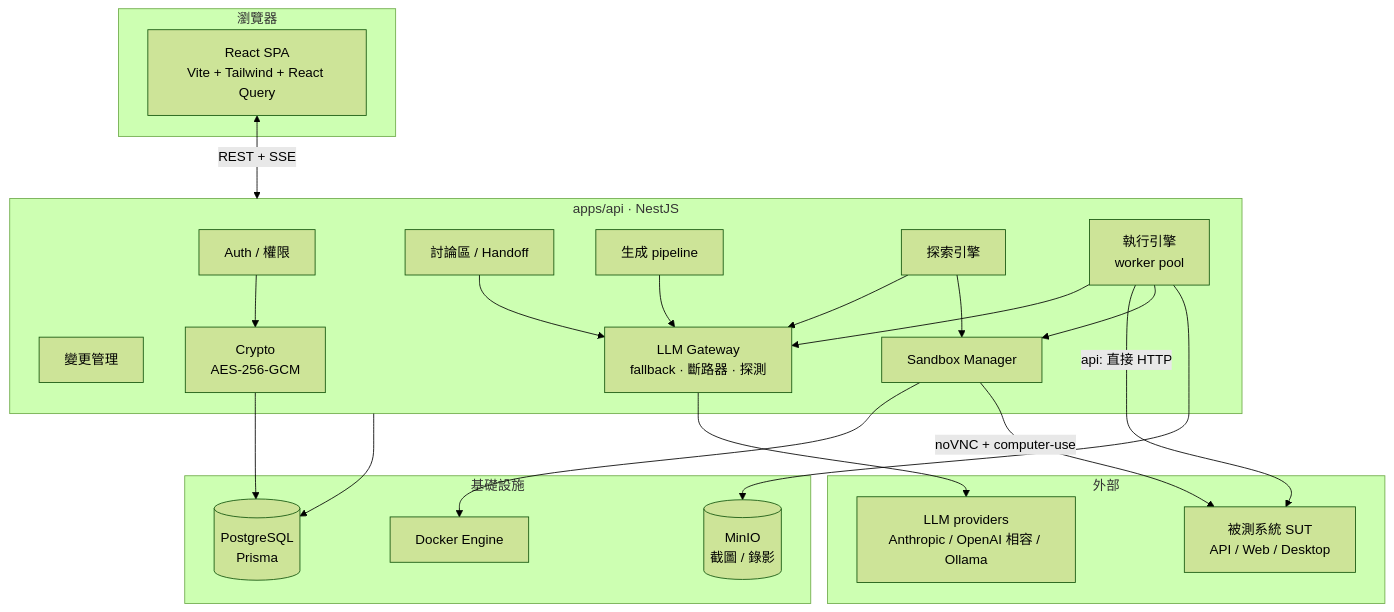
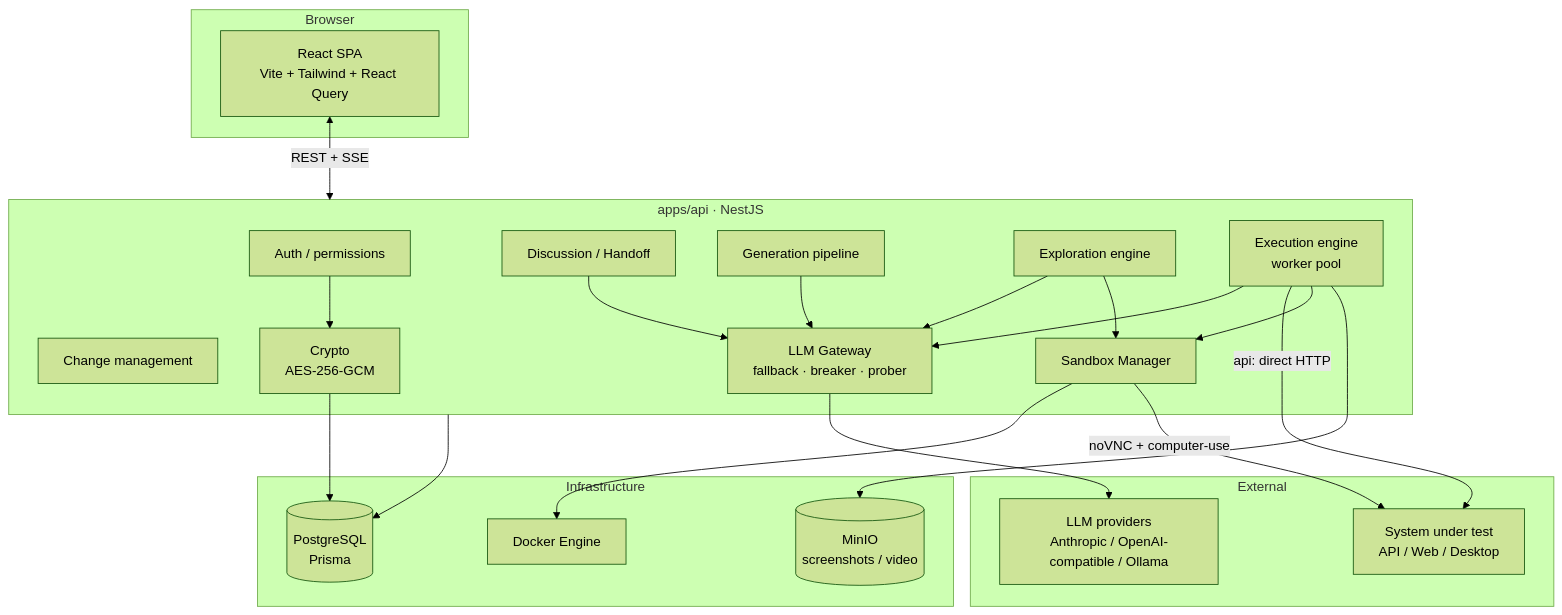
The diagram in README.md (brianshen0522/qa-harness), drawn with Mermaid (forest theme) before and after one commit. The commit also changed other lines of this file and 2 other files, not shown here.

````diff
--- a/README.md
+++ b/README.md
@@ -107,42 +107,42 @@
 ```mermaid
 flowchart TB
-  subgraph Client[瀏覽器]
+  subgraph Client[Browser]
     UI[React SPA<br/>Vite + Tailwind + React Query]
   end
 
   subgraph API[apps/api · NestJS]
-    AUTH[Auth / 權限]
-    DISC[討論區 / Handoff]
-    GEN[生成 pipeline]
-    EXP[探索引擎]
-    RUN[執行引擎<br/>worker pool]
-    CHG[變更管理]
-    GW[LLM Gateway<br/>fallback · 斷路器 · 探測]
+    AUTH[Auth / permissions]
+    DISC[Discussion / Handoff]
+    GEN[Generation pipeline]
+    EXP[Exploration engine]
+    RUN[Execution engine<br/>worker pool]
+    CHG[Change management]
+    GW[LLM Gateway<br/>fallback · breaker · prober]
     SBX[Sandbox Manager]
     CRYP[Crypto<br/>AES-256-GCM]
   end
 
-  subgraph Data[基礎設施]
+  subgraph Data[Infrastructure]
     PG[(PostgreSQL<br/>Prisma)]
-    S3[(MinIO<br/>截圖 / 錄影)]
+    S3[(MinIO<br/>screenshots / video)]
     DOCK[Docker Engine]
   end
 
-  subgraph Ext[外部]
-    LLM[LLM providers<br/>Anthropic / OpenAI 相容 / Ollama]
-    SUT[被測系統 SUT<br/>API / Web / Desktop]
+  subgraph Ext[External]
+    LLM[LLM providers<br/>Anthropic / OpenAI-compatible / Ollama]
+    SUT[System under test<br/>API / Web / Desktop]
   end
 
   UI <-->|REST + SSE| API
   RUN --> GW --> LLM
   GEN --> GW
   EXP --> GW
   DISC --> GW
-  RUN -->|api: 直接 HTTP| SUT
+  RUN -->|api: direct HTTP| SUT
   RUN --> SBX --> DOCK
   SBX -->|noVNC + computer-use| SUT
   EXP --> SBX
   API --> PG
   RUN --> S3
   AUTH --> CRYP --> PG
 ```
````
